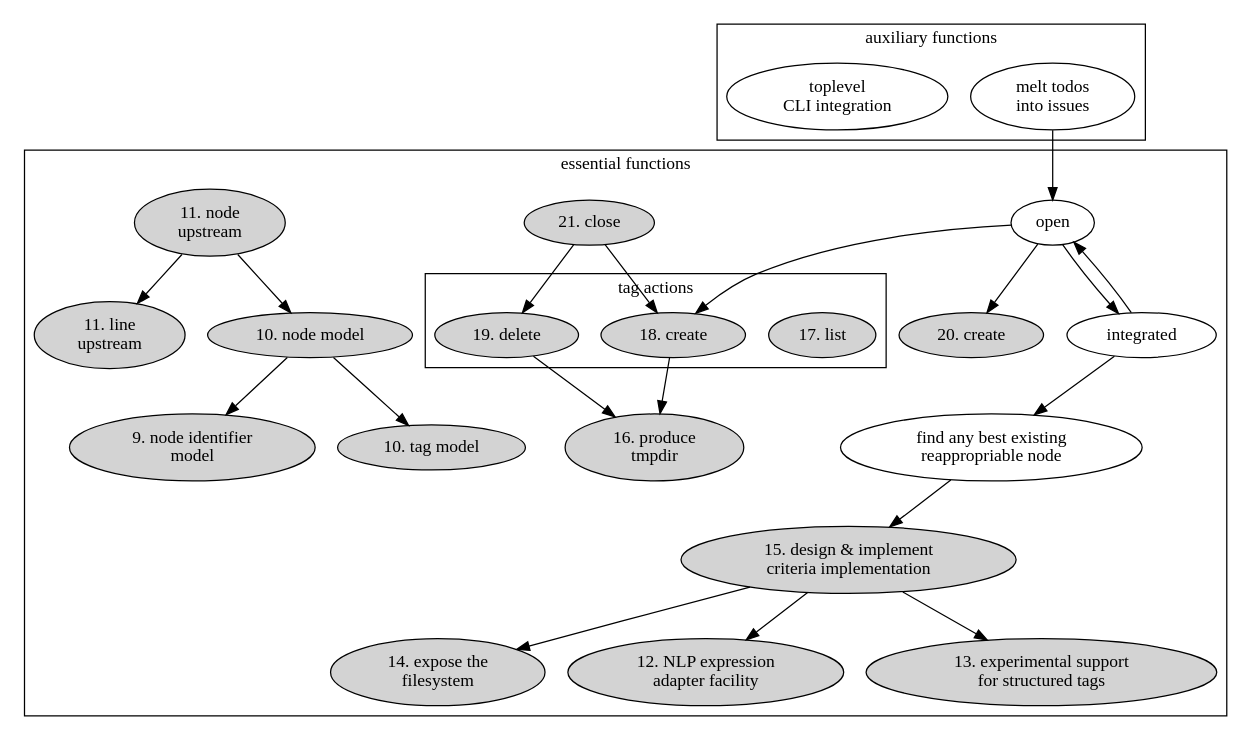
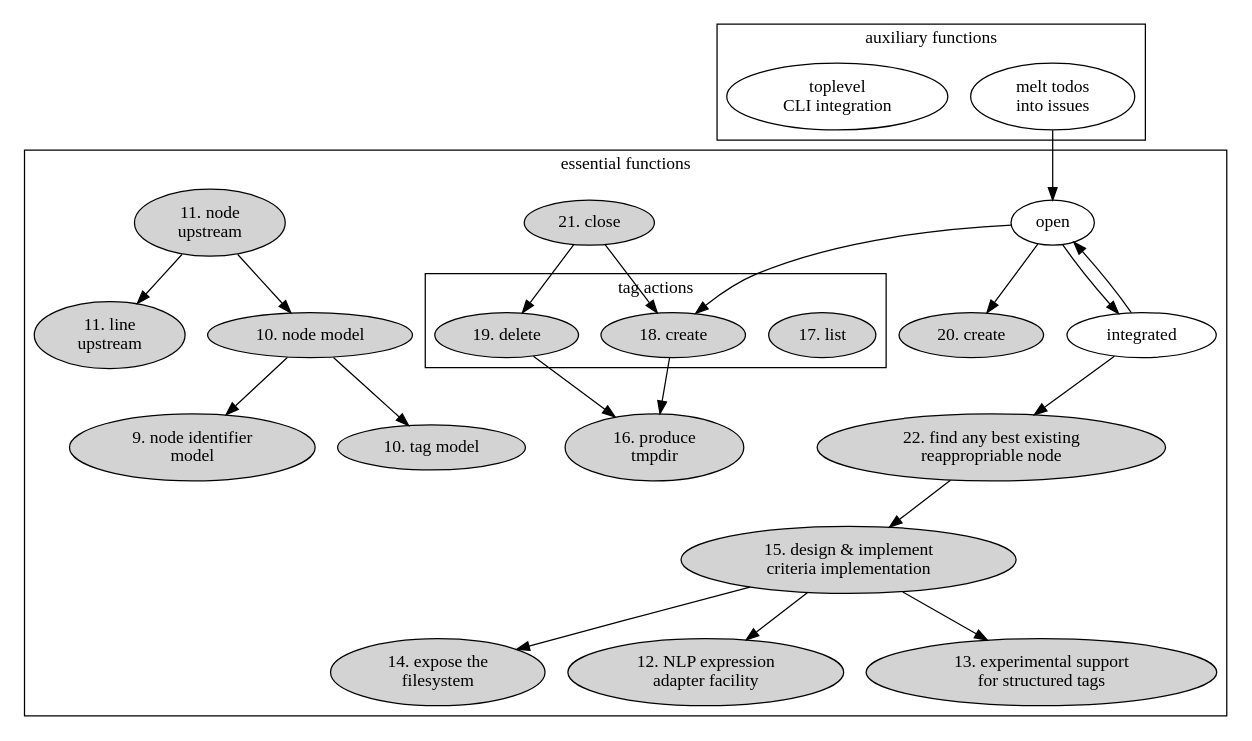
One commit to hipe/tmx changed the diagram in lib/skylab/snag/doc/issues/038/component-digraph.dot. Above: the diagram before and after it, drawn with Graphviz. The commit also changed 41 other files, not shown here.

First line of the commit message:
([sg] 22   actor: find reappropriablest node! (.. 2836))

```diff
--- a/lib/skylab/snag/doc/issues/038/component-digraph.dot
+++ b/lib/skylab/snag/doc/issues/038/component-digraph.dot
@@ -1,65 +1,65 @@
 digraph {
 
 subgraph cluster_main {
 
   label="essential functions"
 
   subgraph cluster_tag_actions {
     label="tag actions"
     tl [label="17. list" style=filled]
     ta [label="18. create" style=filled]
     tr [label="19. delete" style=filled]
   }
 
   aa [label="open" ]
   ca [label="21. close" style=filled]
   de [label="15. design & implement\ncriteria implementation" style=filled]
   FS [label="14. expose the\nfilesystem" style=filled]
   line_upstream [label="11. line\nupstream" style=filled]
   NLP_experiment [label="12. NLP expression\nadapter facility" style=filled]
   node_identifier_model [label="9. node identifier\nmodel" style=filled]
   node_model [label="10. node model" style=filled]
   node_upstream [label="11. node\nupstream" style=filled]
   oaa [label="20. create" style=filled]
   rea [label="integrated" ]
-  rea_actor [label="find any best existing\nreappropriable node" ]
+  rea_actor [label="22. find any best existing\nreappropriable node", style=filled]
   stru [label="13. experimental support\nfor structured tags" style=filled]
   tag_model [label="10. tag model" style=filled]
   tmpdir [label="16. produce\ntmpdir" style=filled]
 
   aa->rea
   aa->ta
 
   ca->tr
   ca->ta
 
   rea->aa
   aa->oaa
   rea->rea_actor
 
   rea_actor->de
   de->NLP_experiment
   de->FS
   de->stru
 
   node_upstream -> line_upstream
   node_upstream -> node_model
 
   node_model -> node_identifier_model
   node_model -> tag_model
 
   tr->tmpdir
   ta->tmpdir
 
 }
 
 
 subgraph cluster_after {
 
   label="auxiliary functions"
   melt [label="melt todos\ninto issues"]
   top_cli [label="toplevel\nCLI integration"]
 }
 
 melt->aa
 }
```
